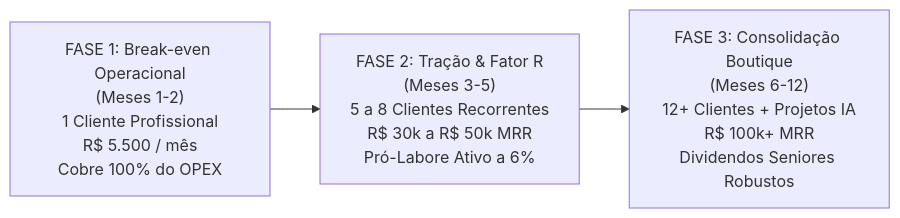
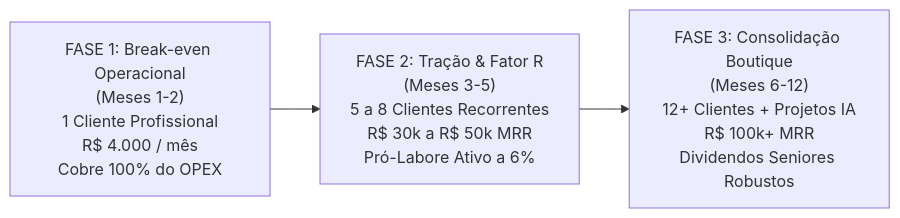
Before and after one commit to trd-consultoria-ti/startup: the first of 9 diagrams in PLANO_DE_LANCAMENTO_EMPRESARIAL.md, drawn with Mermaid. The commit also changed other lines of this file and 15 other files, not shown here.

````diff
--- a/PLANO_DE_LANCAMENTO_EMPRESARIAL.md
+++ b/PLANO_DE_LANCAMENTO_EMPRESARIAL.md
@@ -63,5 +63,5 @@
 ```mermaid
 flowchart LR
-    A["FASE 1: Break-even Operacional\n(Meses 1-2)\n1 Cliente Profissional\nR$ 5.500 / mês\nCobre 100% do OPEX"] --> B["FASE 2: Tração & Fator R\n(Meses 3-5)\n5 a 8 Clientes Recorrentes\nR$ 30k a R$ 50k MRR\nPró-Labore Ativo a 6%"]
+    A["FASE 1: Break-even Operacional\n(Meses 1-2)\n1 Cliente Profissional\nR$ 4.000 / mês\nCobre 100% do OPEX"] --> B["FASE 2: Tração & Fator R\n(Meses 3-5)\n5 a 8 Clientes Recorrentes\nR$ 30k a R$ 50k MRR\nPró-Labore Ativo a 6%"]
     B --> C["FASE 3: Consolidação Boutique\n(Meses 6-12)\n12+ Clientes + Projetos IA\nR$ 100k+ MRR\nDividendos Seniores Robustos"]
 ```
````
